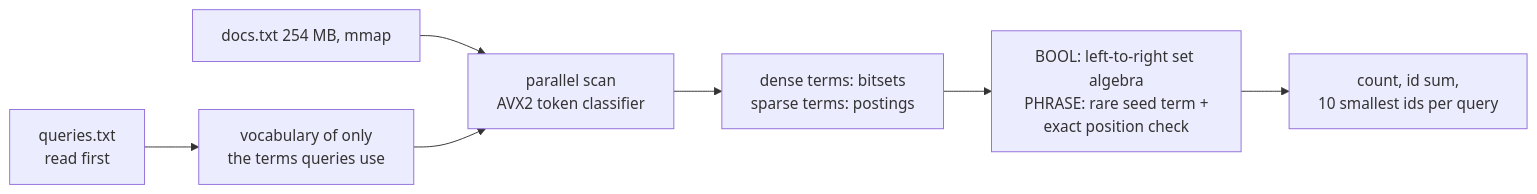
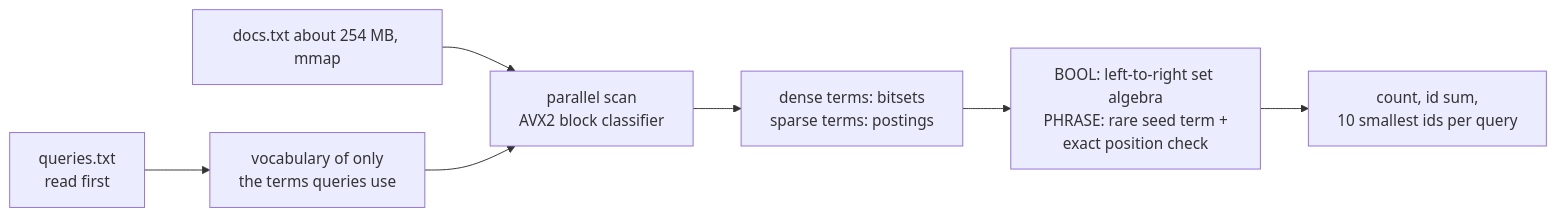
The fourth of 8 diagrams in README.md (Dev-Am12/speed-demon-ganondorf), drawn with Mermaid before and after one commit. The commit also changed other lines of this file and 7 other files, not shown here.

````diff
--- a/README.md
+++ b/README.md
@@ -176,9 +183,9 @@
 ```mermaid
 flowchart LR
     Q["queries.txt<br/>read first"] --> V["vocabulary of only<br/>the terms queries use"]
-    D["docs.txt 254 MB, mmap"] --> SC["parallel scan<br/>AVX2 token classifier"]
+    D["docs.txt about 254 MB, mmap"] --> SC["parallel scan<br/>AVX2 block classifier"]
     V --> SC
     SC --> IDX["dense terms: bitsets<br/>sparse terms: postings"]
     IDX --> EV["BOOL: left-to-right set algebra<br/>PHRASE: rare seed term +<br/>exact position check"]
     EV --> R["count, id sum,<br/>10 smallest ids per query"]
 ```
````
